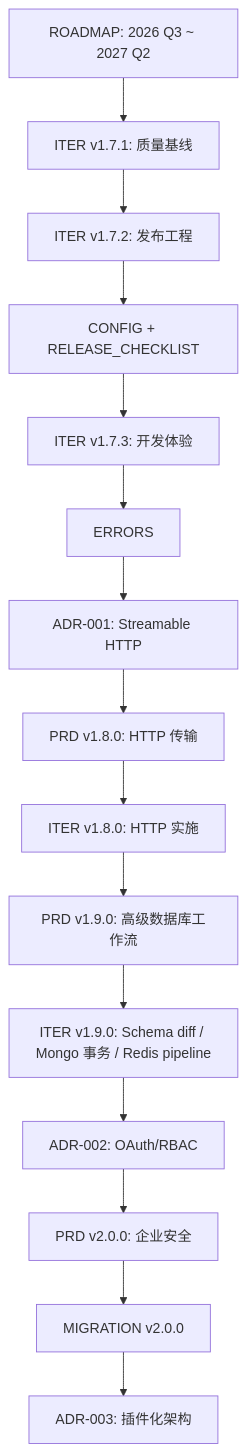
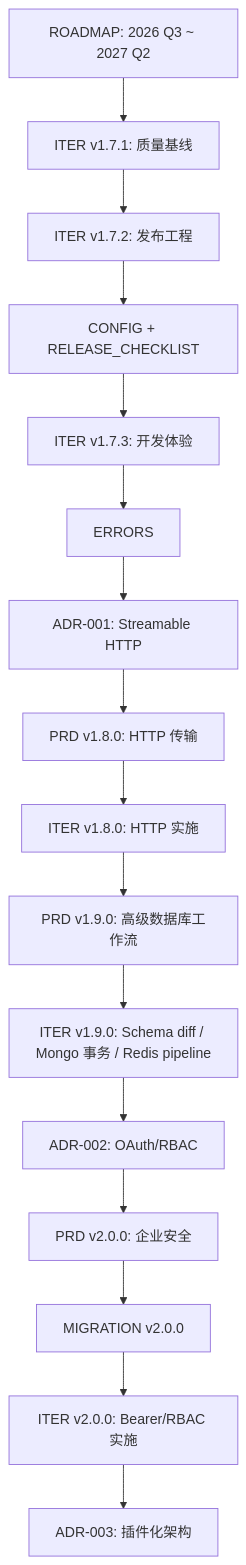
Before and after one commit to yclenove/polyglot-db-mcp-server: the diagram in docs/INDEX.md, drawn with Mermaid. The commit also changed other lines of this file and 33 other files, not shown here.

Commit message:
feat: add enterprise bearer auth and RBAC for v2.0.0

````diff
--- a/docs/INDEX.md
+++ b/docs/INDEX.md
@@ -160,17 +164,18 @@
 ```mermaid
 flowchart TD
   A[ROADMAP: 2026 Q3 ~ 2027 Q2] --> B[ITER v1.7.1: 质量基线]
   B --> C[ITER v1.7.2: 发布工程]
   C --> D[CONFIG + RELEASE_CHECKLIST]
   D --> E[ITER v1.7.3: 开发体验]
   E --> F[ERRORS]
   F --> G[ADR-001: Streamable HTTP]
   G --> H[PRD v1.8.0: HTTP 传输]
   H --> I[ITER v1.8.0: HTTP 实施]
   I --> J[PRD v1.9.0: 高级数据库工作流]
   J --> K[ITER v1.9.0: Schema diff / Mongo 事务 / Redis pipeline]
   K --> L[ADR-002: OAuth/RBAC]
   L --> M[PRD v2.0.0: 企业安全]
   M --> N[MIGRATION v2.0.0]
-  N --> O[ADR-003: 插件化架构]
+  N --> O[ITER v2.0.0: Bearer/RBAC 实施]
+  O --> P[ADR-003: 插件化架构]
 ```
````
